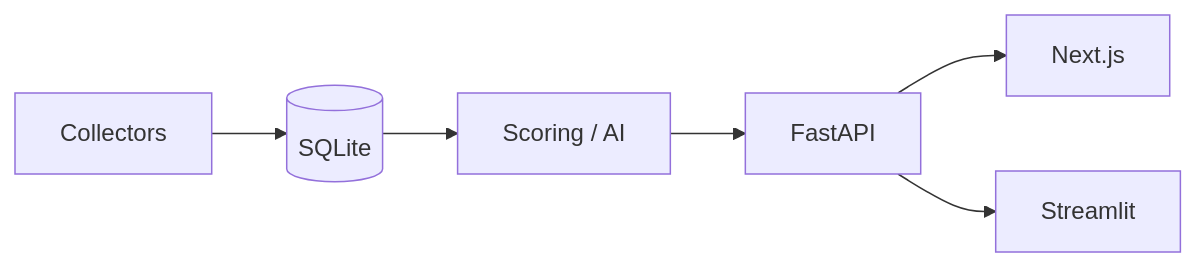
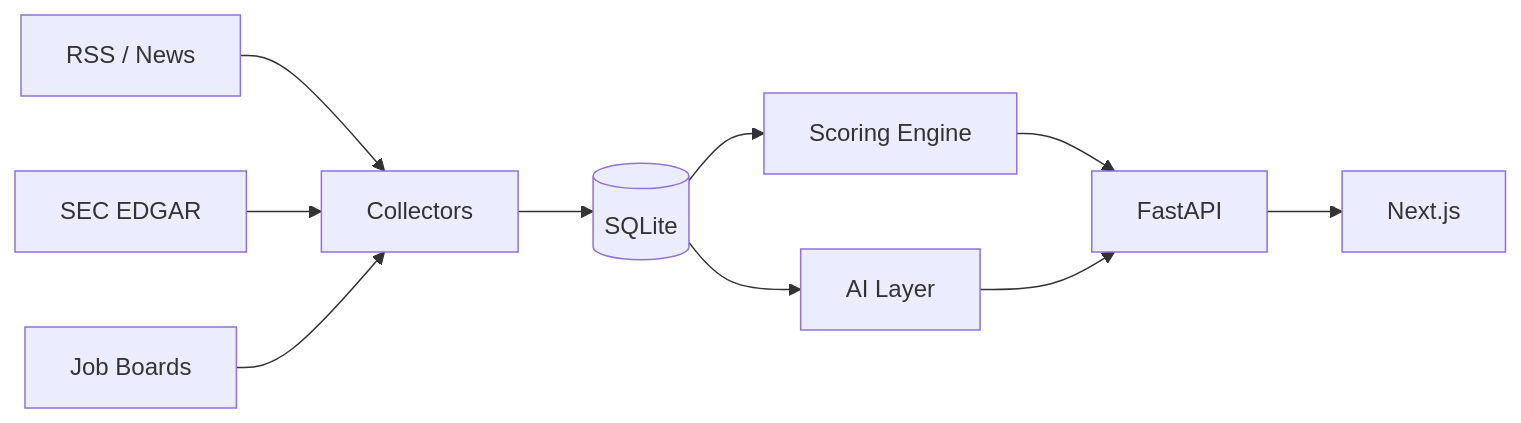
The diagram in README.md (ShubhamMChandra/iren-comp-intel), drawn with Mermaid before and after one commit. The commit also changed other lines of this file, not shown here.

First line of the commit message:
README: surface scoring model internals, expand how-it-works

````diff
--- a/README.md
+++ b/README.md
@@ -9,14 +28,22 @@
 ```mermaid
 flowchart LR
+  RSS[RSS / News]
+  EDGAR[SEC EDGAR]
+  Jobs[Job Boards]
   Collectors[Collectors]
   DB[(SQLite)]
-  Scoring[Scoring / AI]
+  Scoring[Scoring Engine]
+  AI[AI Layer]
   API[FastAPI]
   Frontend[Next.js]
-  Legacy[Streamlit]
+
+  RSS --> Collectors
+  EDGAR --> Collectors
+  Jobs --> Collectors
   Collectors --> DB
   DB --> Scoring
+  DB --> AI
   Scoring --> API
+  AI --> API
   API --> Frontend
-  API --> Legacy
 ```
````
